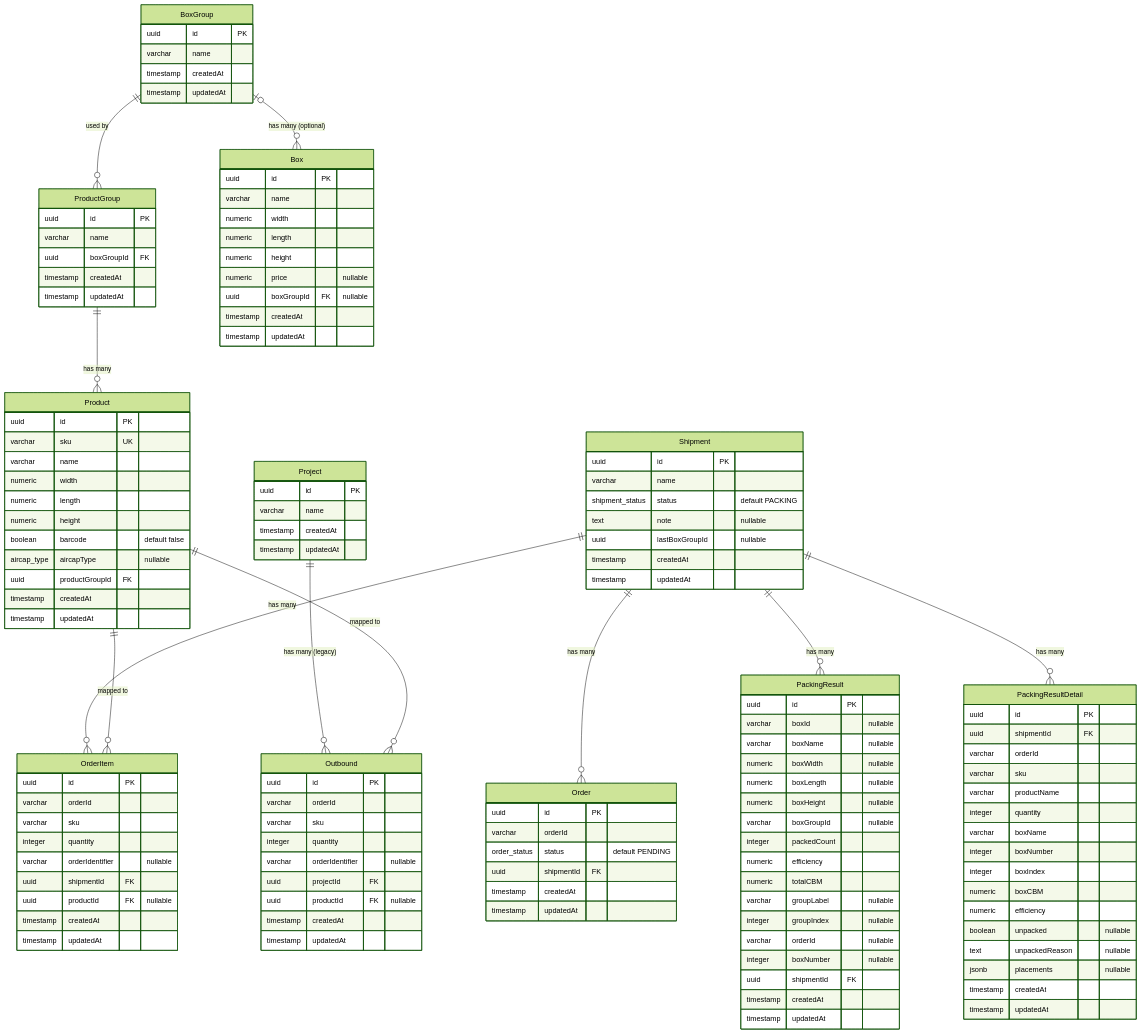
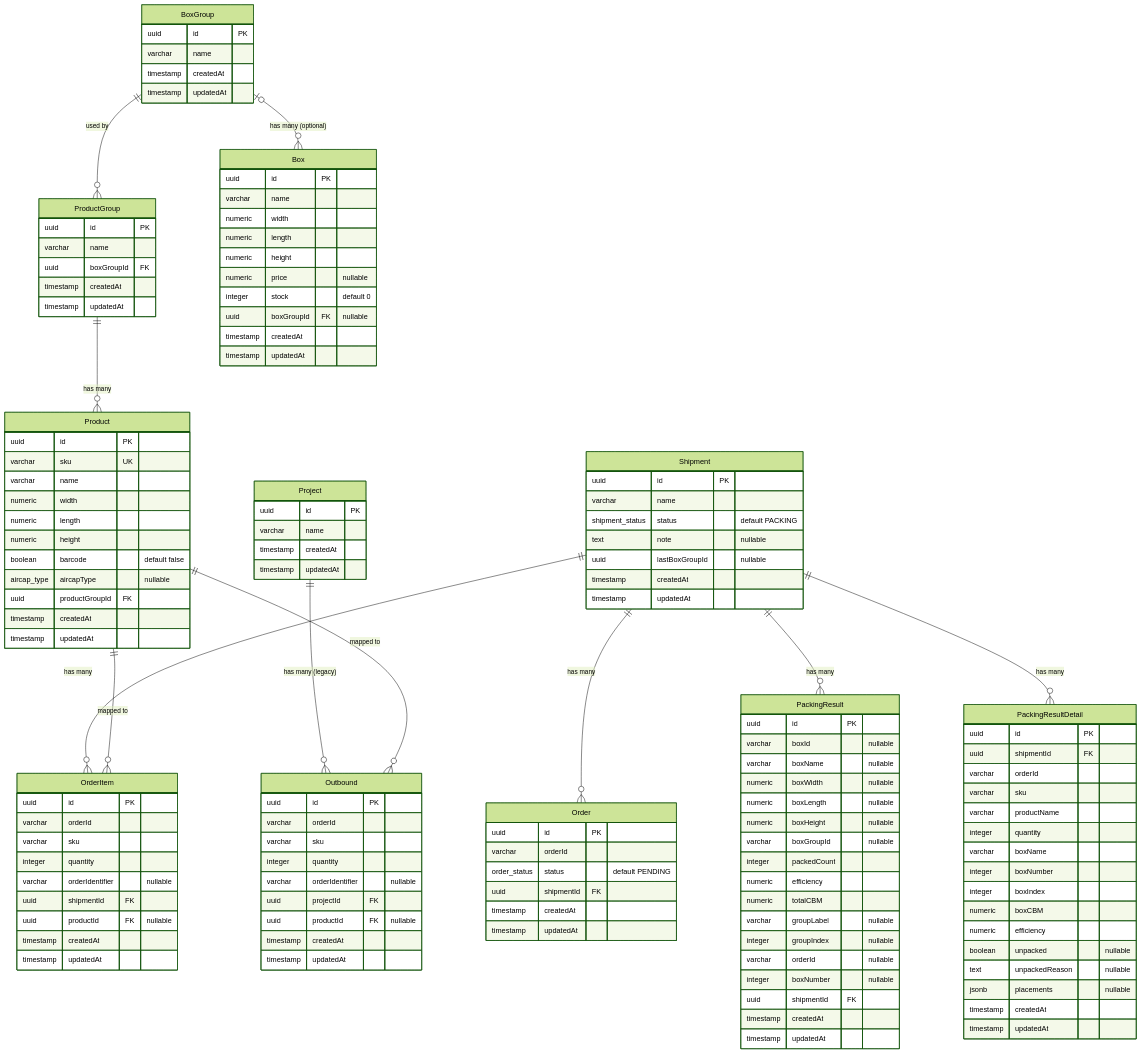
Before and after one commit to kangyeop/volume-calculation: the diagram in docs/db-schema.md, drawn with Mermaid (forest theme). The commit also changed 1 other file, not shown here.

Commit message:
docs: Box stock(재고) 컬럼 문서 동기화

```diff
--- a/docs/db-schema.md
+++ b/docs/db-schema.md
@@ -43,6 +43,7 @@
         numeric length
         numeric height
         numeric price "nullable"
+        integer stock "default 0"
         uuid boxGroupId FK "nullable"
         timestamp createdAt
         timestamp updatedAt
```
